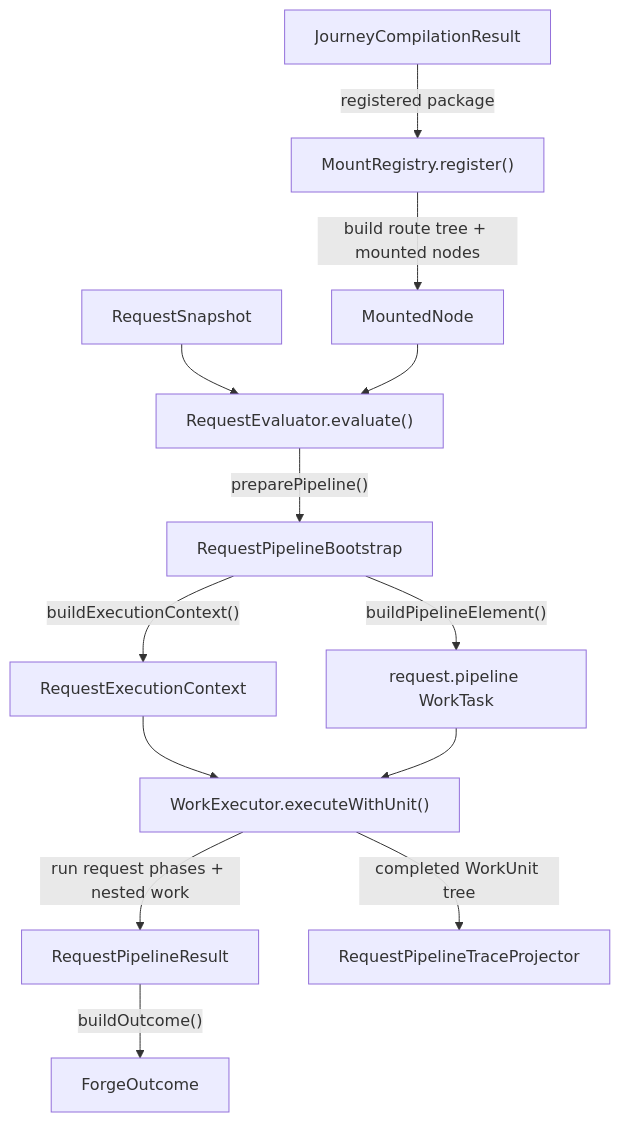
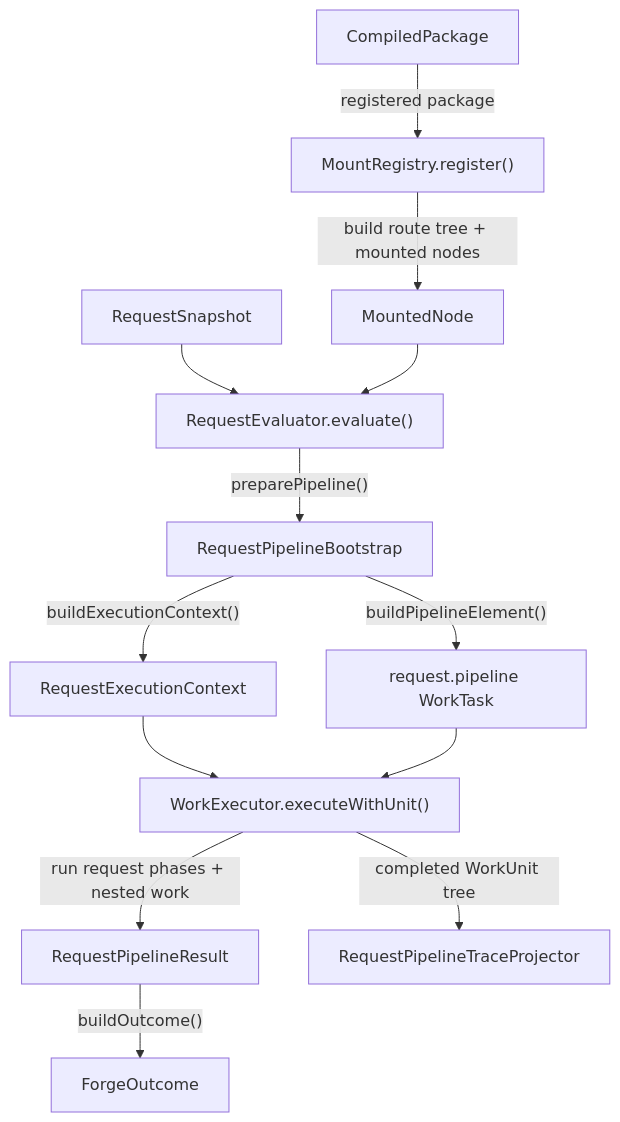
Before and after one commit to ministryofjustice/hmpps-forge: the first of 2 diagrams in packages/forge-core/src/engine/runtime/README.md, drawn with Mermaid. The commit also changed other lines of this file and 62 other files, not shown here.

````diff
--- a/packages/forge-core/src/engine/runtime/README.md
+++ b/packages/forge-core/src/engine/runtime/README.md
@@ -92,15 +92,15 @@
 ```mermaid
 flowchart TD
-  compiled["JourneyCompilationResult"] -->|"registered package"| mount["MountRegistry.register()"]
+  compiled["CompiledPackage"] -->|"registered package"| mount["MountRegistry.register()"]
   mount -->|"build route tree + mounted nodes"| mounted["MountedNode"]
   request["RequestSnapshot"] --> runtime["RequestEvaluator.evaluate()"]
   mounted --> runtime
   runtime -->|"preparePipeline()"| bootstrap["RequestPipelineBootstrap"]
   bootstrap -->|"buildExecutionContext()"| requestContext["RequestExecutionContext"]
   bootstrap -->|"buildPipelineElement()"| pipelineTask["request.pipeline WorkTask"]
   requestContext --> executor["WorkExecutor.executeWithUnit()"]
   pipelineTask --> executor
   executor -->|"run request phases + nested work"| pipelineResult["RequestPipelineResult"]
   executor -->|"completed WorkUnit tree"| trace["RequestPipelineTraceProjector"]
   pipelineResult -->|"buildOutcome()"| outcome["ForgeOutcome"]
 ```
````
